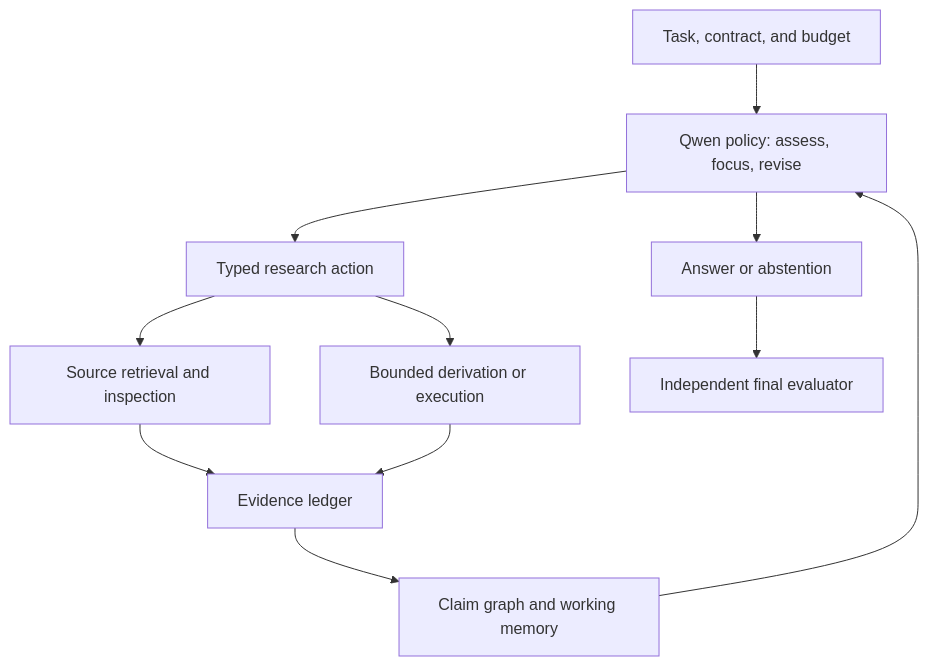
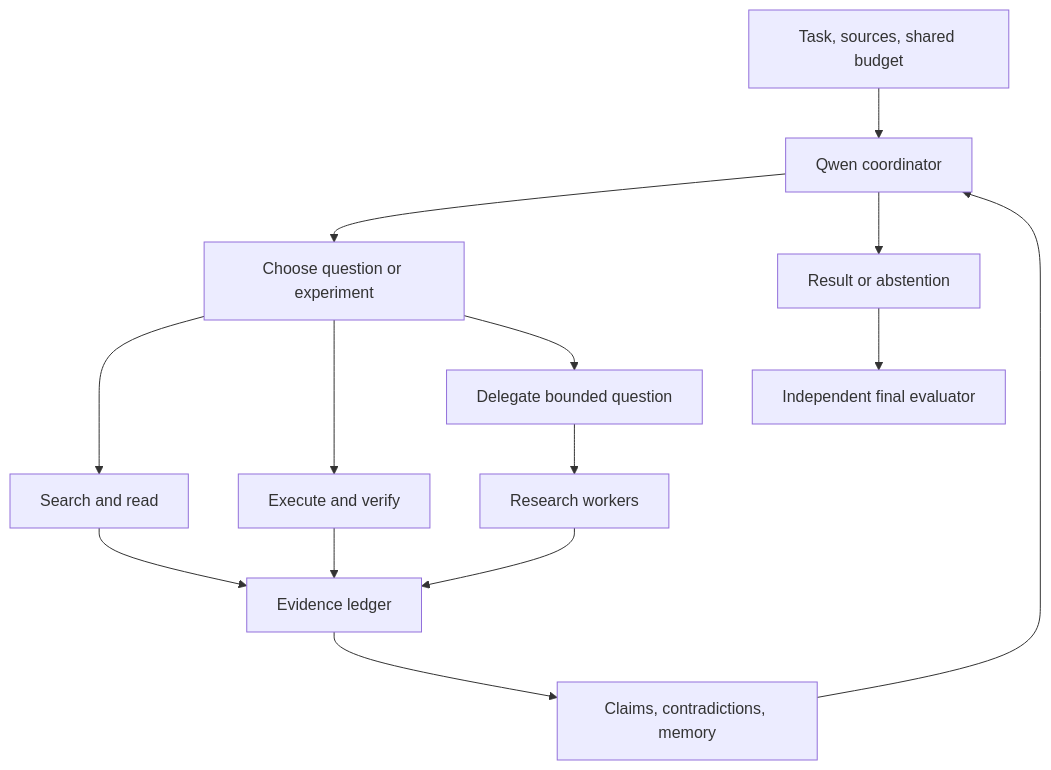
The diagram in docs/LEARNING_TO_CLARIFY_RD_PLAN.md (xuda1979/quantum-computing-gpt), drawn with Mermaid before and after one commit. The commit also changed other lines of this file and 2 other files, not shown here.

Commit message:
Revise research plan for RL-only scientific agents and matched evaluation

````diff
--- a/docs/LEARNING_TO_CLARIFY_RD_PLAN.md
+++ b/docs/LEARNING_TO_CLARIFY_RD_PLAN.md
@@ -154,13 +102,16 @@
 ```mermaid
 flowchart TD
-    T["Task, contract, and budget"] --> P["Qwen policy: assess, focus, revise"]
-    P --> A["Typed research action"]
-    A --> R["Source retrieval and inspection"]
-    A --> X["Bounded derivation or execution"]
-    R --> E["Evidence ledger"]
+    T["Task, sources, shared budget"] --> P["Qwen coordinator"]
+    P --> F["Choose question or experiment"]
+    F --> S["Search and read"]
+    F --> X["Execute and verify"]
+    F --> D["Delegate bounded question"]
+    D --> W["Research workers"]
+    W --> E["Evidence ledger"]
+    S --> E
     X --> E
-    E --> M["Claim graph and working memory"]
+    E --> M["Claims, contradictions, memory"]
     M --> P
-    P --> O["Answer or abstention"]
+    P --> O["Result or abstention"]
     O --> J["Independent final evaluator"]
 ```
````
